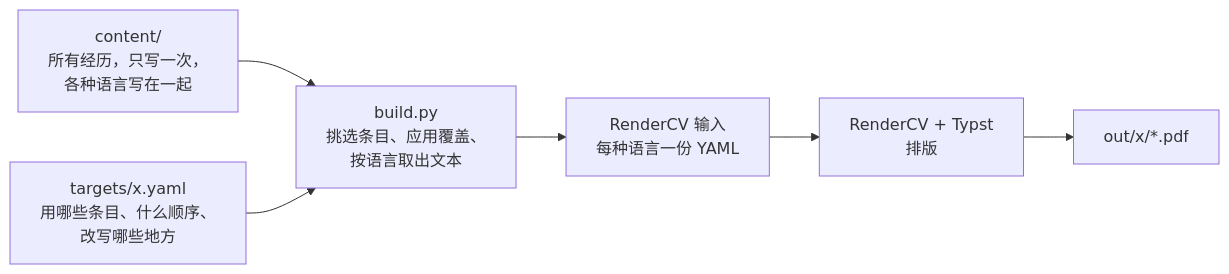
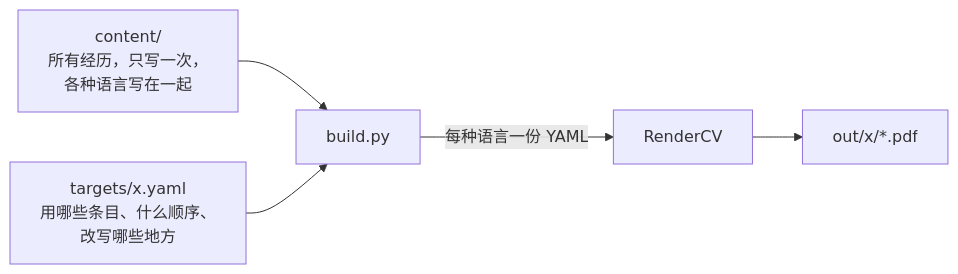
Before and after one commit to AnzhiZhang/PrismCV: the diagram in README.zh-CN.md, drawn with Mermaid. The commit also changed other lines of this file and 3 other files, not shown here.

````diff
--- a/README.zh-CN.md
+++ b/README.zh-CN.md
@@ -28,13 +22,12 @@
 ```mermaid
 flowchart LR
     C["content/<br/>所有经历，只写一次，<br/>各种语言写在一起"]
     T["targets/x.yaml<br/>用哪些条目、什么顺序、<br/>改写哪些地方"]
-    B["build.py<br/>挑选条目、应用覆盖、<br/>按语言取出文本"]
-    Y["RenderCV 输入<br/>每种语言一份 YAML"]
-    R["RenderCV + Typst<br/>排版"]
+    B["build.py"]
+    R["RenderCV"]
     P["out/x/*.pdf"]
 
     C --> B
     T --> B
-    B --> Y --> R --> P
+    B -->|每种语言一份 YAML| R --> P
 ```
````
